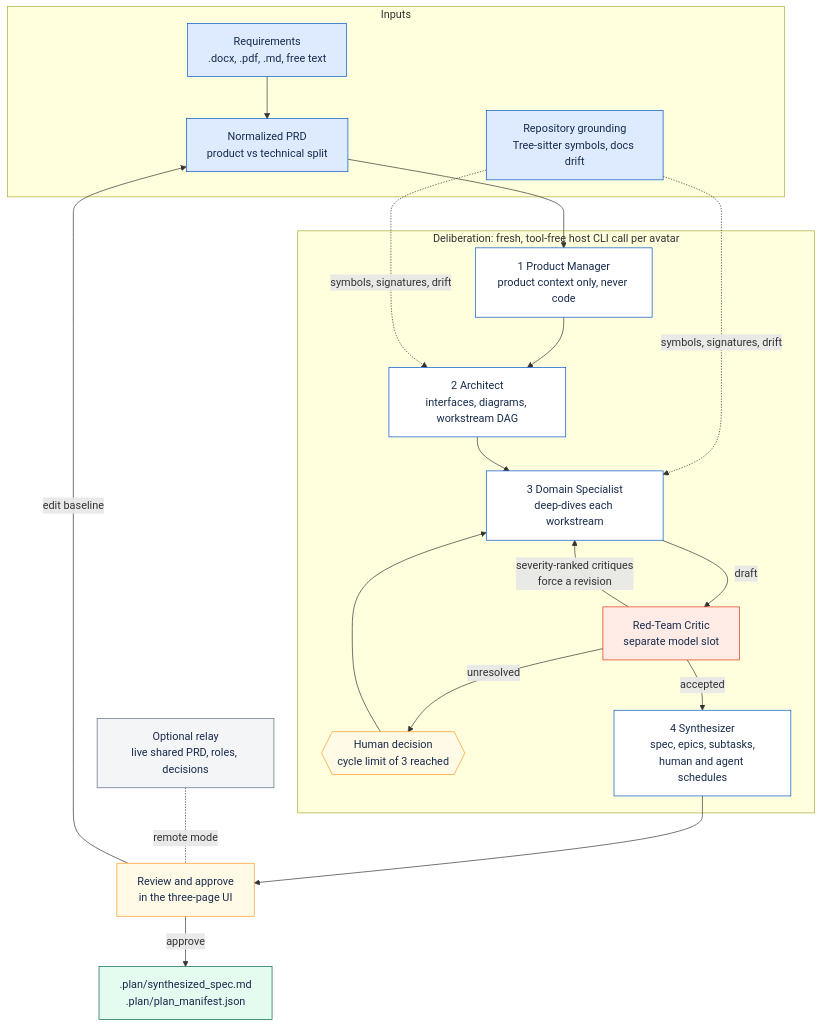
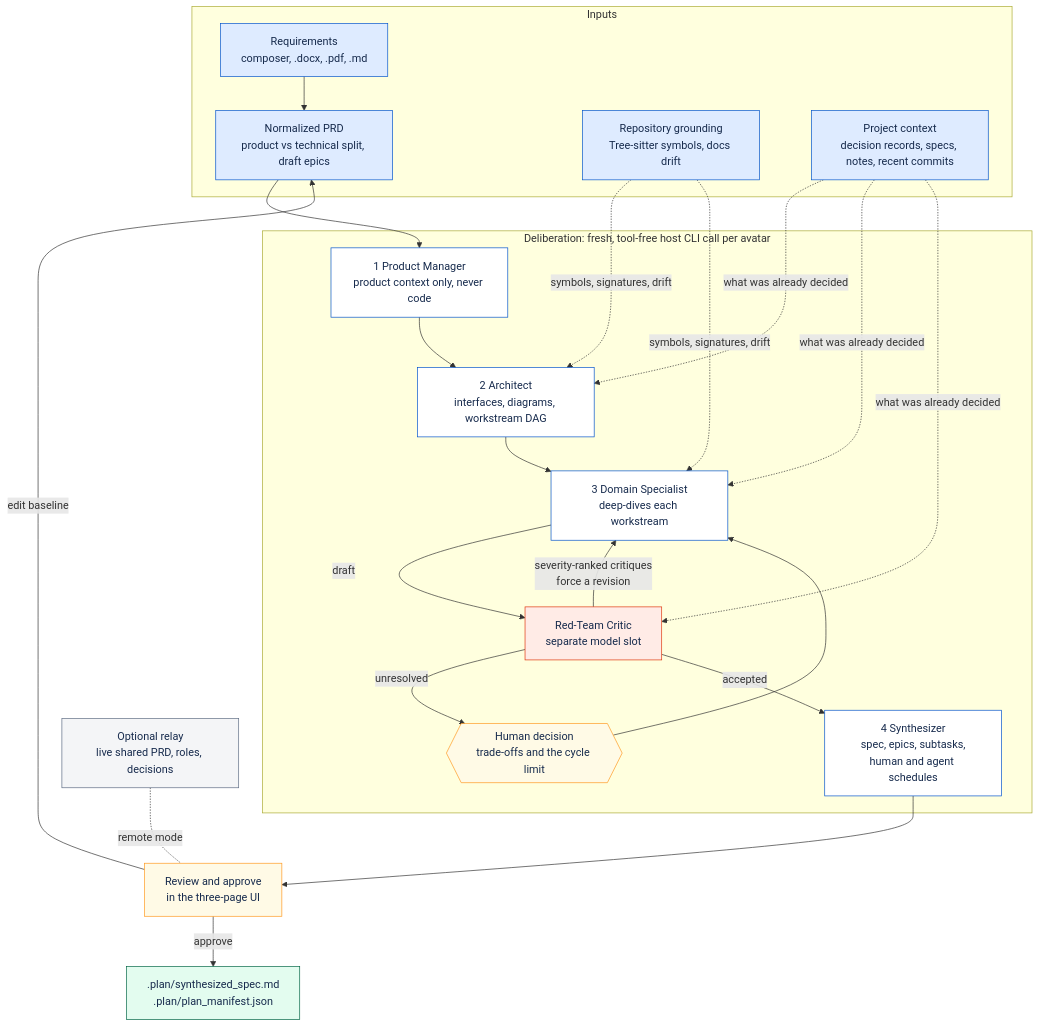
One commit to danielckv/agentic-plan-forge changed the diagram in README.md. Above: the diagram before and after it, drawn with Mermaid. The commit also changed other lines of this file and 199 other files, not shown here.

First line of the commit message:
Composer, project context and avatar room; remove the live task views (#8)

````diff
--- a/README.md
+++ b/README.md
@@ -40,44 +69,48 @@
 ```mermaid
 flowchart TD
     classDef input fill:#DEEBFF,stroke:#0052CC,color:#172B4D
     classDef avatar fill:#FFFFFF,stroke:#0052CC,color:#172B4D
     classDef critic fill:#FFEBE6,stroke:#DE350B,color:#172B4D
     classDef output fill:#E3FCEF,stroke:#006644,color:#172B4D
     classDef human fill:#FFFAE6,stroke:#FF991F,color:#172B4D
     classDef infra fill:#F4F5F7,stroke:#5E6C84,color:#172B4D
 
     subgraph IN["Inputs"]
-        REQ["Requirements<br/>.docx, .pdf, .md, free text"]:::input
-        PRD["Normalized PRD<br/>product vs technical split"]:::input
+        REQ["Requirements<br/>composer, .docx, .pdf, .md"]:::input
+        PRD["Normalized PRD<br/>product vs technical split, draft epics"]:::input
         GROUND["Repository grounding<br/>Tree-sitter symbols, docs drift"]:::input
+        CONTEXT["Project context<br/>decision records, specs, notes, recent commits"]:::input
     end
 
     subgraph DELIB["Deliberation: fresh, tool-free host CLI call per avatar"]
         PM["1 Product Manager<br/>product context only, never code"]:::avatar
         ARCH["2 Architect<br/>interfaces, diagrams, workstream DAG"]:::avatar
         DOMAIN["3 Domain Specialist<br/>deep-dives each workstream"]:::avatar
         CRITIC["Red-Team Critic<br/>separate model slot"]:::critic
-        DECIDE{{"Human decision<br/>cycle limit of 3 reached"}}:::human
+        DECIDE{{"Human decision<br/>trade-offs and the cycle limit"}}:::human
         SYNTH["4 Synthesizer<br/>spec, epics, subtasks,<br/>human and agent schedules"]:::avatar
     end
 
     RELAY["Optional relay<br/>live shared PRD, roles, decisions"]:::infra
     REVIEW["Review and approve<br/>in the three-page UI"]:::human
     OUT[".plan/synthesized_spec.md<br/>.plan/plan_manifest.json"]:::output
 
     REQ --> PRD
     PRD --> PM
     PM --> ARCH
     GROUND -. "symbols, signatures, drift" .-> ARCH
     GROUND -. "symbols, signatures, drift" .-> DOMAIN
+    CONTEXT -. "what was already decided" .-> ARCH
+    CONTEXT -. "what was already decided" .-> DOMAIN
+    CONTEXT -. "what was already decided" .-> CRITIC
     ARCH --> DOMAIN
     DOMAIN -- "draft" --> CRITIC
     CRITIC -- "severity-ranked critiques<br/>force a revision" --> DOMAIN
     CRITIC -- "unresolved" --> DECIDE
     DECIDE --> DOMAIN
     CRITIC -- "accepted" --> SYNTH
     SYNTH --> REVIEW
     RELAY -. "remote mode" .- REVIEW
     REVIEW -- "approve" --> OUT
     REVIEW -- "edit baseline" --> PRD
 ```
````
